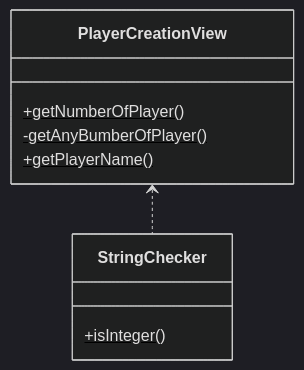
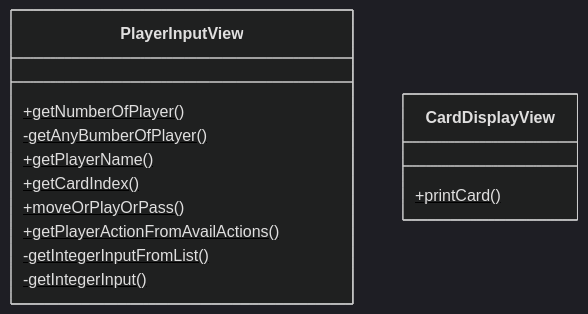
Before and after one commit to KelvinQiu802/comp2004: the fourth of 4 diagrams in README.md, drawn with Mermaid (dark theme). The commit also changed other lines of this file, not shown here.

Commit message:
docs: update uml

````diff
--- a/README.md
+++ b/README.md
@@ -270,14 +282,18 @@
 ```mermaid
 classDiagram
-	PlayerCreationView <.. StringChecker
 	
-	class PlayerCreationView{
+	class PlayerInputView{
 		+getNumberOfPlayer()$
 		-getAnyBumberOfPlayer()$
 		+getPlayerName()$
+		+getCardIndex()$
+		+moveOrPlayOrPass()$
+		+getPlayerActionFromAvailActions()$
+		-getIntegerInputFromList()$
+		-getIntegerInput()$
 	}
 	
-	class StringChecker{
-		+isInteger()$
+	class CardDisplayView {
+		+printCard()$
 	}
 ```
````
